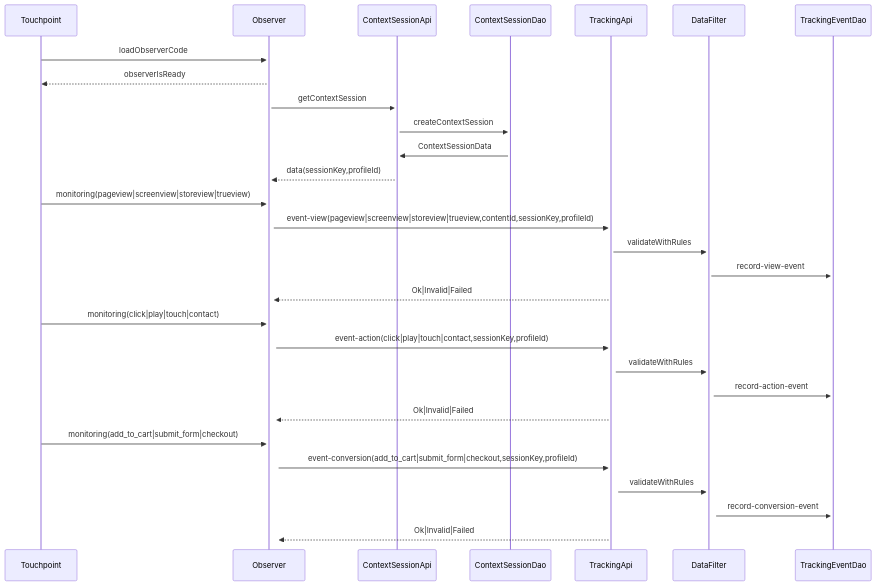
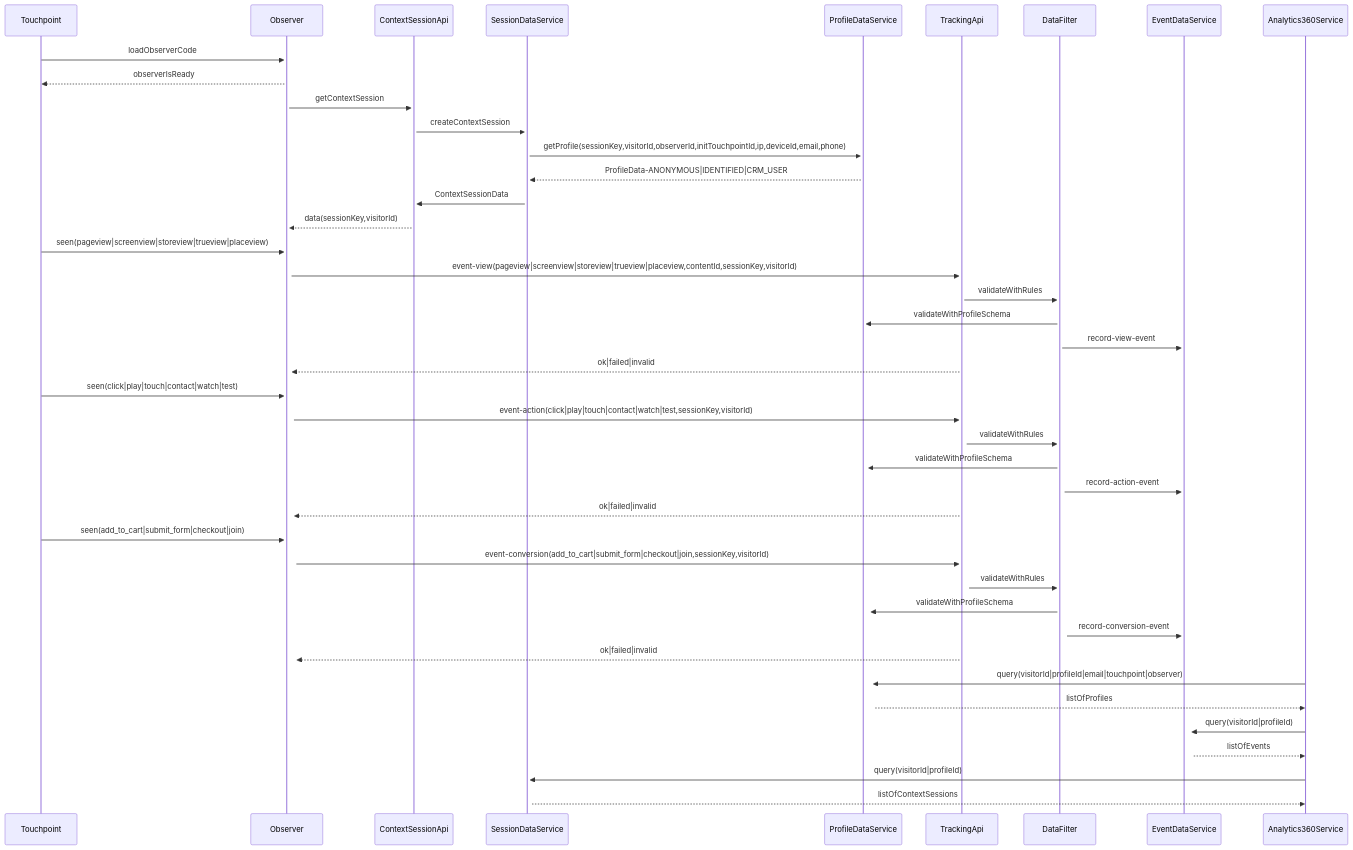
The diagram in core-leo-cms/documents/leo-cdp-data-flow.md (trieu/leo-cdp), drawn with Mermaid before and after one commit. The commit also changed 3 other files, not shown here.

Commit message:
flow and analytics 360

````diff
--- a/core-leo-cms/documents/leo-cdp-data-flow.md
+++ b/core-leo-cms/documents/leo-cdp-data-flow.md
@@ -1,24 +1,35 @@
 ```mermaid
 sequenceDiagram
     Touchpoint->>+Observer: loadObserverCode
     Observer-->>Touchpoint: observerIsReady
     Observer->>+ContextSessionApi: getContextSession
-    ContextSessionApi->>+ContextSessionDao: createContextSession
-    ContextSessionDao->>+ContextSessionApi: ContextSessionData
-    ContextSessionApi-->>Observer: data(sessionKey,profileId)
-    Touchpoint->>+Observer:monitoring(pageview|screenview|storeview|trueview)
-    Observer->>+TrackingApi: event-view(pageview|screenview|storeview|trueview,contentId,sessionKey,profileId)
+    ContextSessionApi->>+SessionDataService: createContextSession
+    SessionDataService->>+ProfileDataService: getProfile(sessionKey,visitorId,observerId,initTouchpointId,ip,deviceId,email,phone)
+    ProfileDataService-->>SessionDataService: ProfileData-ANONYMOUS|IDENTIFIED|CRM_USER
+    SessionDataService->>+ContextSessionApi: ContextSessionData
+    ContextSessionApi-->>Observer: data(sessionKey,visitorId)
+    Touchpoint->>+Observer:seen(pageview|screenview|storeview|trueview|placeview)
+    Observer->>+TrackingApi: event-view(pageview|screenview|storeview|trueview|placeview,contentId,sessionKey,visitorId)
     TrackingApi->>+DataFilter:validateWithRules
-    DataFilter->>+TrackingEventDao: record-view-event
-    TrackingApi-->>Observer: Ok|Invalid|Failed
-    Touchpoint->>+Observer: monitoring(click|play|touch|contact)
-    Observer->>+TrackingApi: event-action(click|play|touch|contact,sessionKey,profileId)
+    DataFilter->>+ProfileDataService:validateWithProfileSchema
+    DataFilter->>+EventDataService: record-view-event
+    TrackingApi-->>Observer: ok|failed|invalid
+    Touchpoint->>+Observer: seen(click|play|touch|contact|watch|test)
+    Observer->>+TrackingApi: event-action(click|play|touch|contact|watch|test,sessionKey,visitorId)
     TrackingApi->>+DataFilter:validateWithRules
-    DataFilter->>+TrackingEventDao: record-action-event
-    TrackingApi-->>Observer: Ok|Invalid|Failed
-    Touchpoint->>+Observer: monitoring(add_to_cart|submit_form|checkout)
-    Observer->>+TrackingApi: event-conversion(add_to_cart|submit_form|checkout,sessionKey,profileId)
+    DataFilter->>+ProfileDataService:validateWithProfileSchema
+    DataFilter->>+EventDataService: record-action-event
+    TrackingApi-->>Observer: ok|failed|invalid
+    Touchpoint->>+Observer: seen(add_to_cart|submit_form|checkout|join)
+    Observer->>+TrackingApi: event-conversion(add_to_cart|submit_form|checkout|join,sessionKey,visitorId)
     TrackingApi->>+DataFilter:validateWithRules
-    DataFilter->>+TrackingEventDao: record-conversion-event
-    TrackingApi-->>Observer: Ok|Invalid|Failed
+    DataFilter->>+ProfileDataService:validateWithProfileSchema
+    DataFilter->>+EventDataService: record-conversion-event
+    TrackingApi-->>Observer: ok|failed|invalid
+    Analytics360Service->>+ProfileDataService:query(visitorId|profileId|email|touchpoint|observer)
+    ProfileDataService-->>Analytics360Service:listOfProfiles
+    Analytics360Service->>+EventDataService:query(visitorId|profileId)
+    EventDataService-->>Analytics360Service:listOfEvents
+    Analytics360Service->>+SessionDataService:query(visitorId|profileId)
+    SessionDataService-->>Analytics360Service:listOfContextSessions
 ```
````
